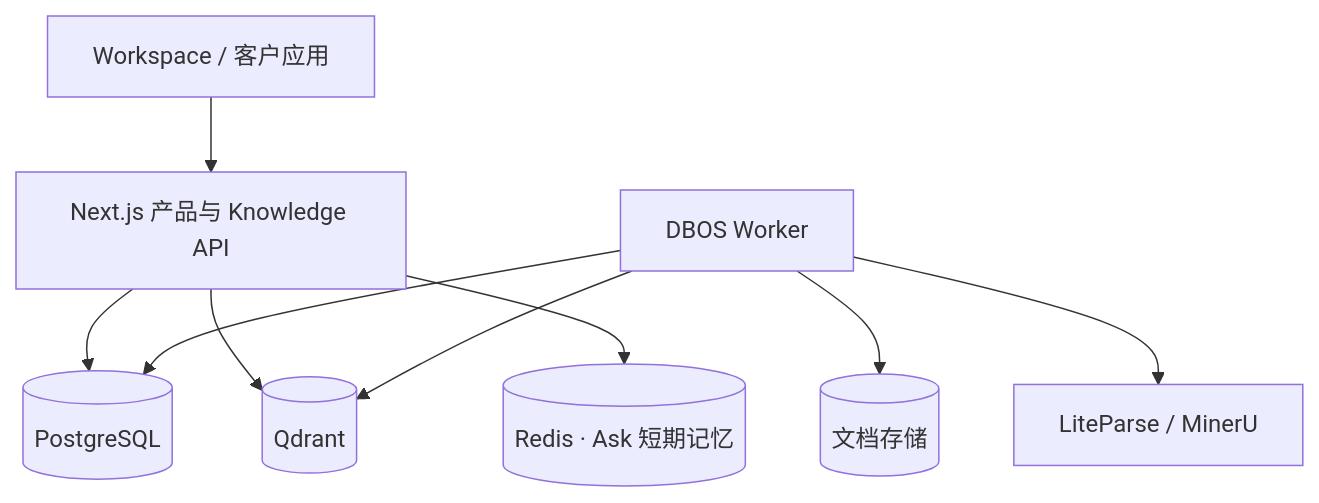
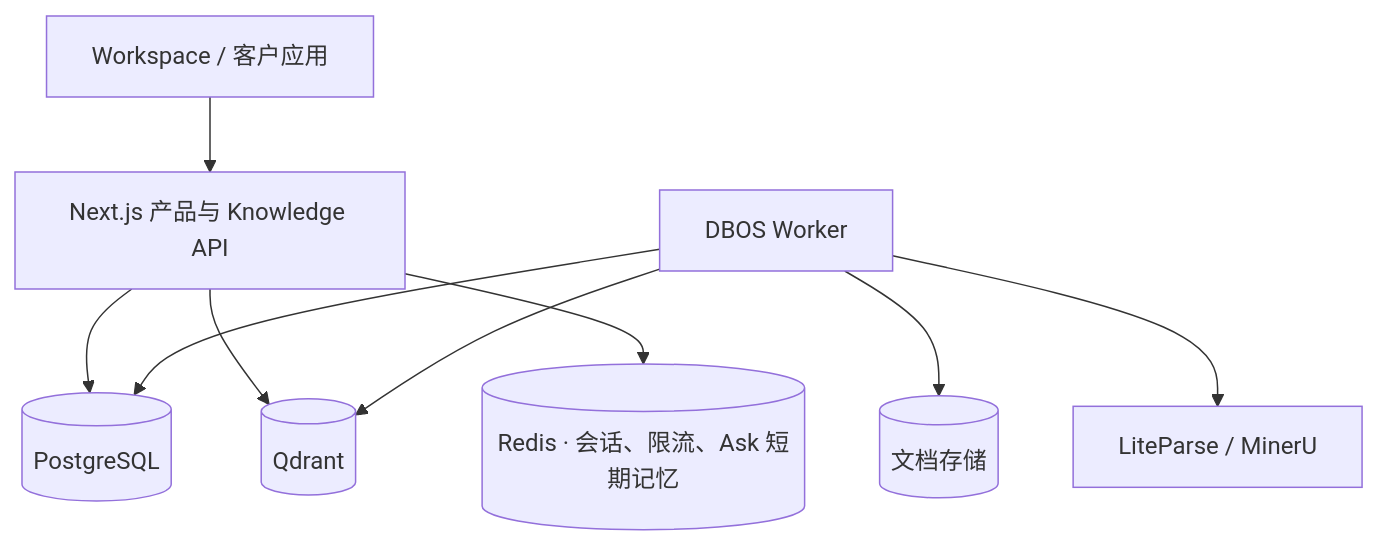
One commit to codexlin/UnoRAG changed the second of 2 diagrams in README.zh-CN.md. Above: the diagram before and after it, drawn with Mermaid. The commit also changed 37 other files, not shown here.

````diff
--- a/README.zh-CN.md
+++ b/README.zh-CN.md
@@ -107,11 +107,11 @@
 ```mermaid
 flowchart TB
     Users["Workspace / 客户应用"] --> Web["Next.js 产品与 Knowledge API"]
     Web --> PG[("PostgreSQL")]
     Web --> QD[("Qdrant")]
-    Web --> Redis[("Redis · Ask 短期记忆")]
+    Web --> Redis[("Redis · 会话、限流、Ask 短期记忆")]
     Worker["DBOS Worker"] --> PG
     Worker --> QD
     Worker --> Files[("文档存储")]
     Worker --> Parser["LiteParse / MinerU"]
 ```
````
